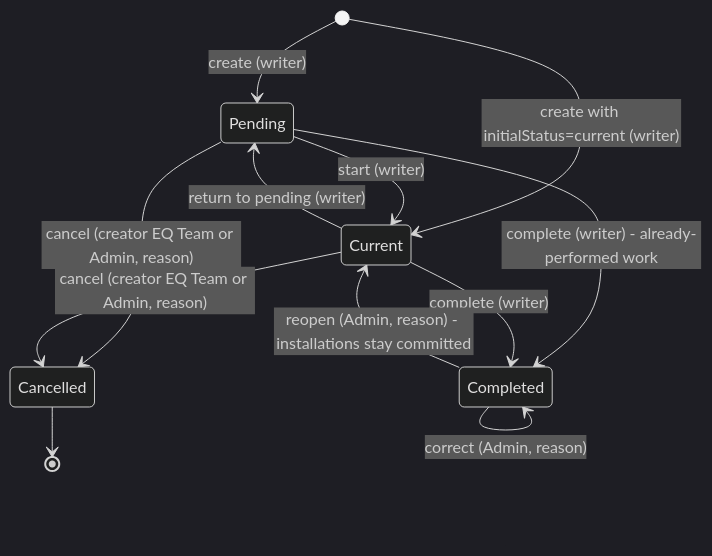
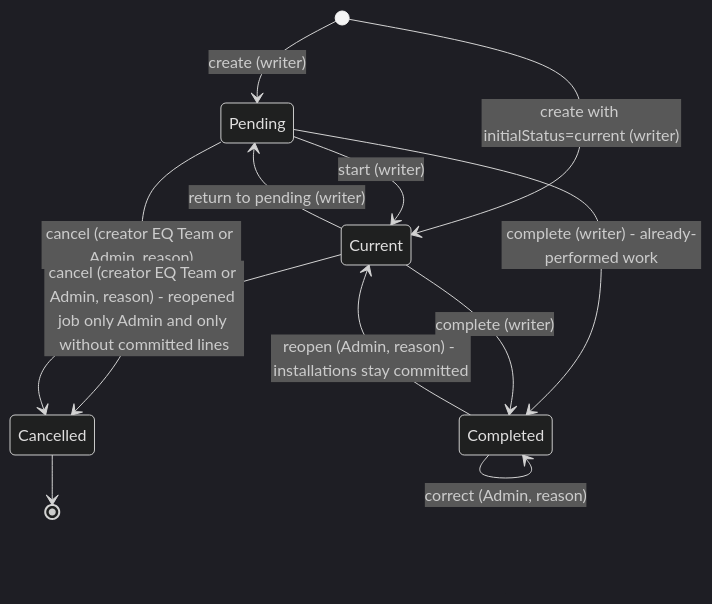
One commit to yhaggalla/EQ_MAINTENANCE changed the second of 2 diagrams in docs/DATA_CONTRACT.md. Above: the diagram before and after it, drawn with Mermaid (dark theme). The commit also changed other lines of this file and 11 other files, not shown here.

````diff
--- a/docs/DATA_CONTRACT.md
+++ b/docs/DATA_CONTRACT.md
@@ -308,14 +315,14 @@
 ```mermaid
 stateDiagram-v2
   [*] --> Pending: create (writer)
   [*] --> Current: create with initialStatus=current (writer)
   Pending --> Current: start (writer)
   Current --> Pending: return to pending (writer)
   Pending --> Completed: complete (writer) - already-performed work
   Current --> Completed: complete (writer)
   Completed --> Current: reopen (Admin, reason) - installations stay committed
   Completed --> Completed: correct (Admin, reason)
   Pending --> Cancelled: cancel (creator EQ Team or Admin, reason)
-  Current --> Cancelled: cancel (creator EQ Team or Admin, reason)
+  Current --> Cancelled: cancel (creator EQ Team or Admin, reason) - reopened job only Admin and only without committed lines
   Cancelled --> [*]
 ```
````
